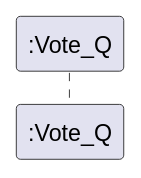
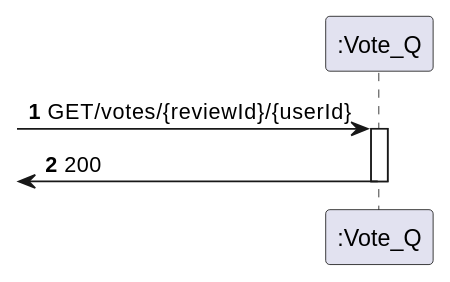
Before and after one commit to 1201441BrunoPereira/Trabalho2Votes: the diagram in Vote1_Q/Documentação/N2/getVoteByReviewIdAndUserId.puml, drawn with PlantUML. The commit also changed 18 other files, not shown here.

Commit message:
Diagrama Trabalho 3

```diff
--- a/Vote1_Q/Documentação/N2/getVoteByReviewIdAndUserId.puml
+++ b/Vote1_Q/Documentação/N2/getVoteByReviewIdAndUserId.puml
@@ -1,9 +1,14 @@
 @startuml
 'https://plantuml.com/sequence-diagram
 
-autoactivate on
 autonumber
 
 participant ":Vote_Q" as vote
 
+
+-> vote: GET/votes/{reviewId}/{userId}
+activate vote
+[<- vote: 200
+deactivate vote
+
 @enduml
```
